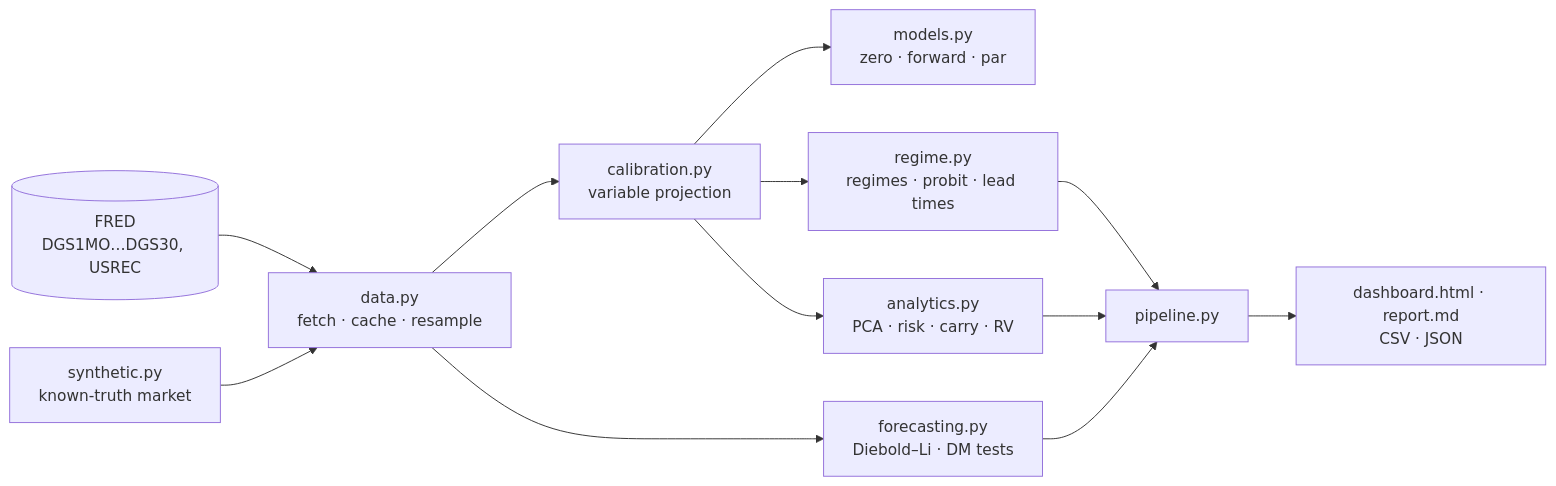
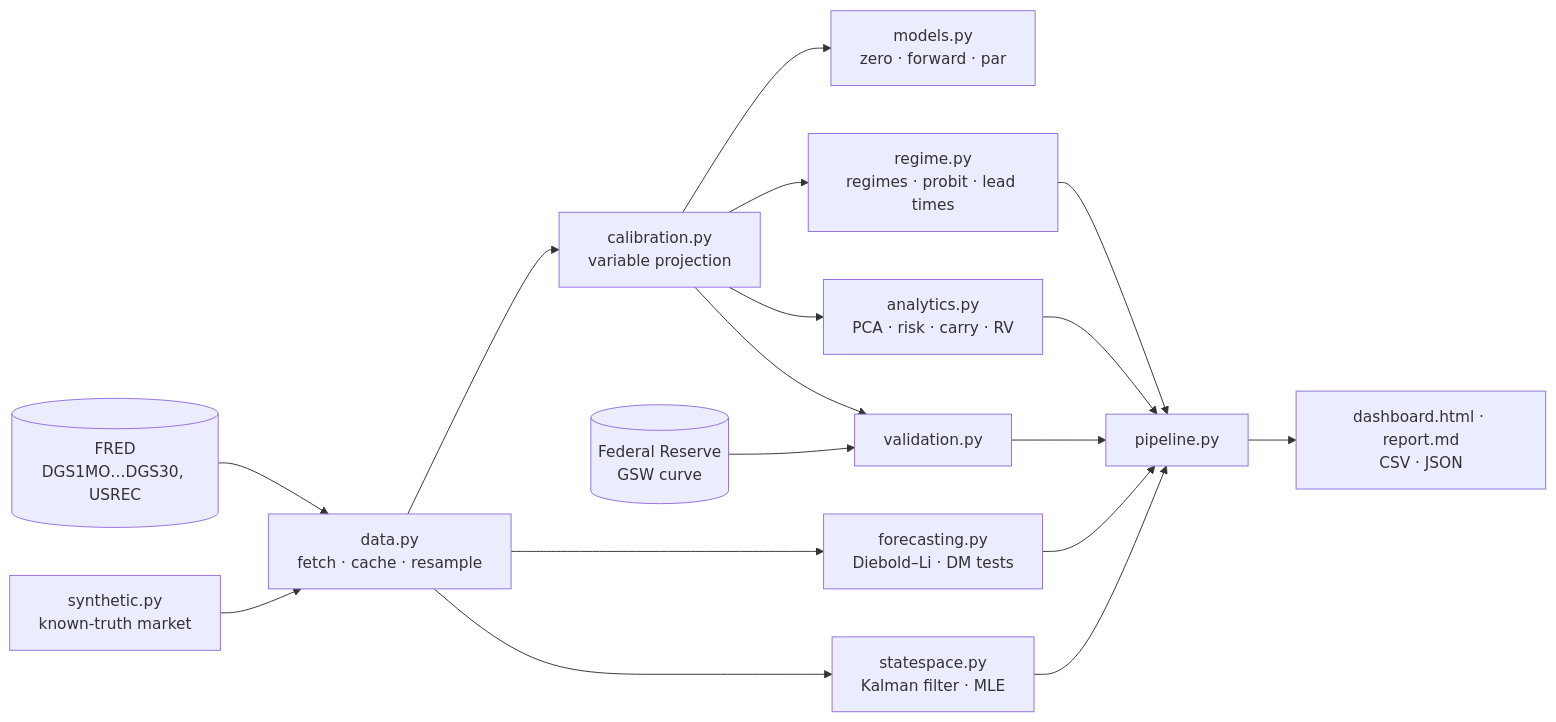
One commit to RblxDev-ALS/NSS-Yield-Curve-Engine changed the diagram in README.md. Above: the diagram before and after it, drawn with Mermaid. The commit also changed other lines of this file and 6 other files, not shown here.

````diff
--- a/README.md
+++ b/README.md
@@ -207,12 +237,15 @@
 ```mermaid
 flowchart LR
     FRED[(FRED<br/>DGS1MO…DGS30, USREC)] --> data[data.py<br/>fetch · cache · resample]
     SYN[synthetic.py<br/>known-truth market] --> data
     data --> cal[calibration.py<br/>variable projection]
     cal --> models[models.py<br/>zero · forward · par]
     cal --> regime[regime.py<br/>regimes · probit · lead times]
     cal --> ana[analytics.py<br/>PCA · risk · carry · RV]
     data --> fc[forecasting.py<br/>Diebold–Li · DM tests]
-    regime & ana & fc --> pipe[pipeline.py]
+    data --> ss[statespace.py<br/>Kalman filter · MLE]
+    FED[(Federal Reserve<br/>GSW curve)] --> val[validation.py]
+    cal --> val
+    regime & ana & fc & ss & val --> pipe[pipeline.py]
     pipe --> out[dashboard.html · report.md<br/>CSV · JSON]
 ```
````
